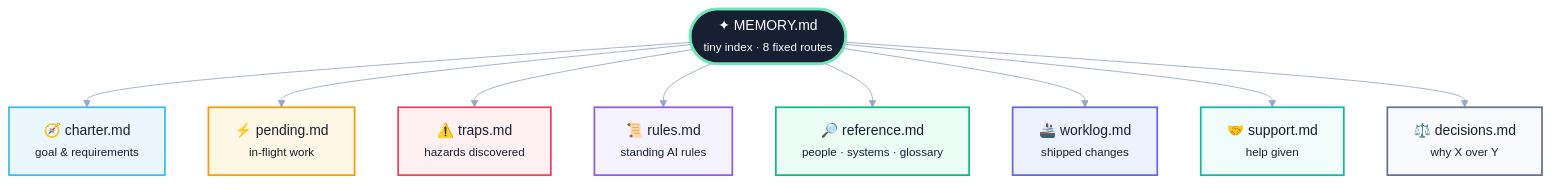
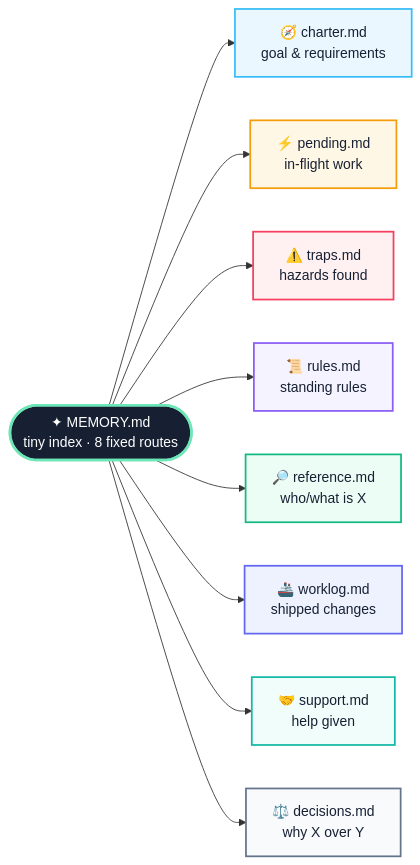
One commit to marcelopaniza/mempenny changed the diagram in README.md. Above: the diagram before and after it, drawn with Mermaid. The commit also changed 2 other files, not shown here.

Commit message:
v1.1.6 — fix README diagram: clipped text + hidden last box
The v1.1.5 diagram looked fine in a local mermaid-cli render but
clipped several node labels on the real github.com render (Inter
font-family override and <small> tag weren't honored the same way,
so the auto-sized boxes didn't match actual rendered text size).
Dropped both. Also switched top-down to left-right: 8 boxes in one
row exceeded GitHub's default diagram viewport width, permanently
hiding the last box behind the widget's own zoom controls regardless
of label length -- left-right grows vertically instead, sidestepping
the width constraint entirely.

Verified via a throwaway branch against the actual live github.com
render (screenshotted, not just locally rendered) before merging.

Claude-Session: https://claude.ai/code/session_012JgJtnqujbhHF9NoSECgzG

````diff
--- a/README.md
+++ b/README.md
@@ -45,34 +45,33 @@
 ```mermaid
-%%{init: {"theme": "base", "themeVariables": {"fontFamily": "Inter, ui-sans-serif, system-ui, sans-serif", "background": "transparent", "primaryTextColor": "#172033", "lineColor": "#9AA8C7"}}}%%
-flowchart TB
-    M(["✦ MEMORY.md<br/><small>tiny index · 8 fixed routes</small>"])
+flowchart LR
+    M(["✦ MEMORY.md<br/>tiny index · 8 fixed routes"])
 
-    M --> C["🧭 charter.md<br/><small>goal & requirements</small>"]
-    M --> P["⚡ pending.md<br/><small>in-flight work</small>"]
-    M --> T["⚠️ traps.md<br/><small>hazards discovered</small>"]
-    M --> R["📜 rules.md<br/><small>standing AI rules</small>"]
-    M --> F["🔎 reference.md<br/><small>people · systems · glossary</small>"]
-    M --> W["🚢 worklog.md<br/><small>shipped changes</small>"]
-    M --> S["🤝 support.md<br/><small>help given</small>"]
-    M --> D["⚖️ decisions.md<br/><small>why X over Y</small>"]
+    M --> C["🧭 charter.md<br/>goal & requirements"]
+    M --> P["⚡ pending.md<br/>in-flight work"]
+    M --> T["⚠️ traps.md<br/>hazards found"]
+    M --> R["📜 rules.md<br/>standing rules"]
+    M --> F["🔎 reference.md<br/>who/what is X"]
+    M --> W["🚢 worklog.md<br/>shipped changes"]
+    M --> S["🤝 support.md<br/>help given"]
+    M --> D["⚖️ decisions.md<br/>why X over Y"]
 
     classDef root fill:#172033,stroke:#6EE7B7,stroke-width:3px,color:#FFFFFF;
     classDef charter fill:#EAF7FF,stroke:#38BDF8,stroke-width:2px,color:#172033;
     classDef pending fill:#FFF7E6,stroke:#F59E0B,stroke-width:2px,color:#172033;
     classDef traps fill:#FFF1F2,stroke:#F43F5E,stroke-width:2px,color:#172033;
     classDef rules fill:#F5F3FF,stroke:#8B5CF6,stroke-width:2px,color:#172033;
     classDef reference fill:#ECFDF5,stroke:#10B981,stroke-width:2px,color:#172033;
     classDef worklog fill:#EEF2FF,stroke:#6366F1,stroke-width:2px,color:#172033;
     classDef support fill:#F0FDFA,stroke:#14B8A6,stroke-width:2px,color:#172033;
     classDef decisions fill:#F8FAFC,stroke:#64748B,stroke-width:2px,color:#172033;
 
     class M root;
     class C charter;
     class P pending;
     class T traps;
     class R rules;
     class F reference;
     class W worklog;
     class S support;
     class D decisions;
 ```
````
